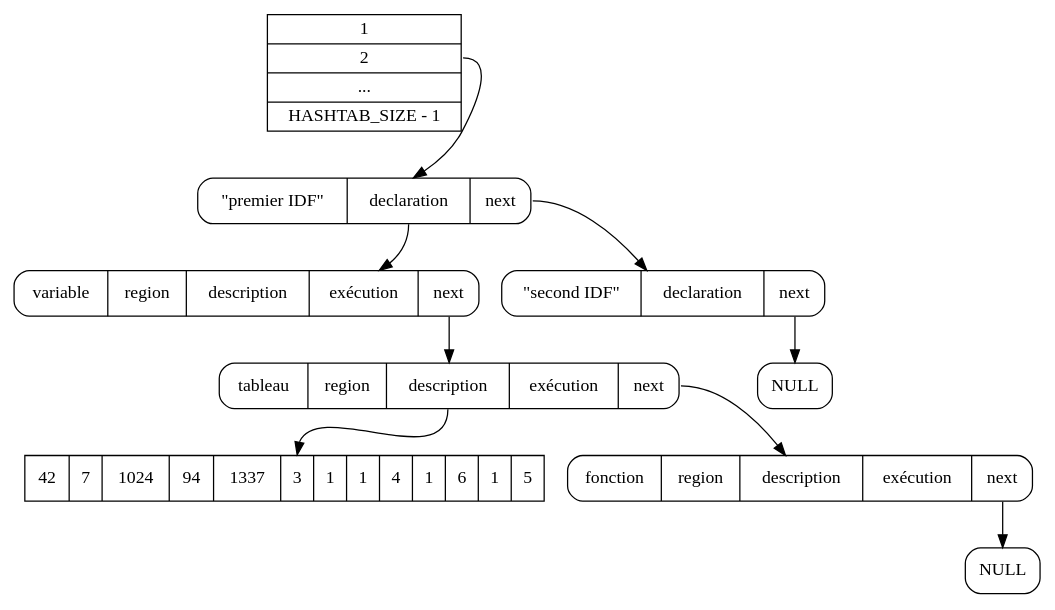
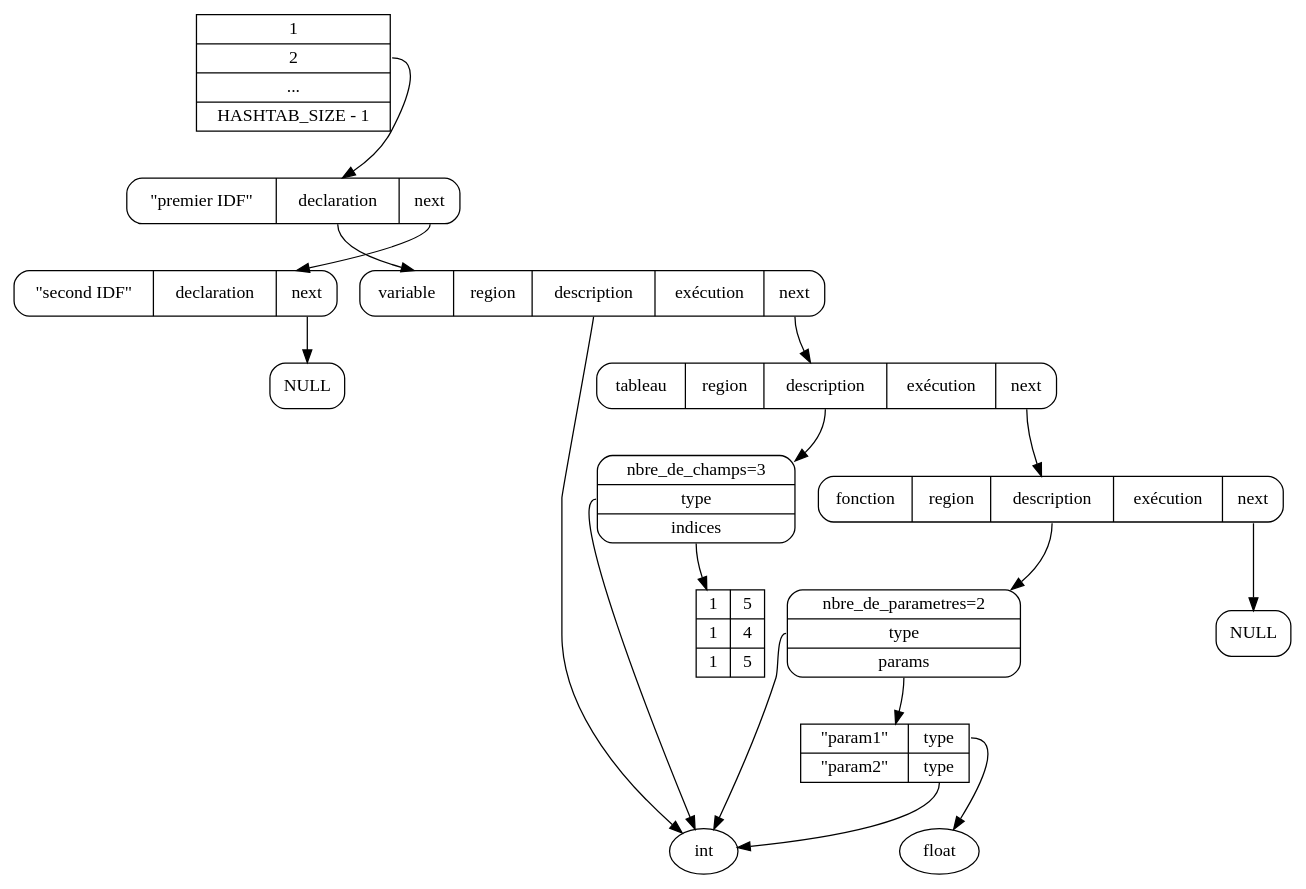
One commit to NakedDevs/Compilo changed the diagram in schema.dot. Above: the diagram before and after it, drawn with Graphviz. The commit also changed 2 other files, not shown here.

Commit message:
new schema

```diff
--- a/schema.dot
+++ b/schema.dot
@@ -1,27 +1,45 @@
 digraph declare {
-    hashTab [shape=record, label="{ 1 | <2> 2 | ... | HASHTAB_SIZE - 1}"]
+    hashTab [pos="0,3!", shape=record, label="{ 1 | <2> 2 | ... | HASHTAB_SIZE - 1}"]
 
-    lex1 [shape=Mrecord, label="\"premier IDF\" | <dec> declaration | <next> next"]
-    lex2 [shape=Mrecord, label="\"second IDF\" | <dec> declaration | <next> next"]
-    lexNULL [shape=Mrecord, label="NULL"]
+    lex1 [pos="1,3!", shape=Mrecord, label="\"premier IDF\" | <dec> declaration | <next> next"]
+    lex2 [pos="2,3!", shape=Mrecord, label="\"second IDF\" | <dec> declaration | <next> next"]
+    lexNULL [pos="3,3!", shape=Mrecord, label="NULL"]
 
-    dec1 [shape=Mrecord, label="variable | region | <desc> description | <exec> exécution | <next> next"]
-    dec2 [shape=Mrecord, label="tableau | region | <desc> description | <exec> exécution | <next> next"]
-    dec3 [shape=Mrecord, label="fonction | region | <desc> description | <exec> exécution | <next> next"]
-    decNULL [shape=Mrecord, label="NULL"]
+    dec1 [pos="1,2!", shape=Mrecord, label="variable | region | <desc> description | <exec> exécution | <next> next"]
+    dec2 [pos="2,2!", shape=Mrecord, label="tableau | region | <desc> description | <exec> exécution | <next> next"]
+    dec3 [pos="3,2!", shape=Mrecord, label="fonction | region | <desc> description | <exec> exécution | <next> next"]
+    decNULL [pos="4,2!", shape=Mrecord, label="NULL"]
 
-    type [shape=record, label="42 | 7 | 1024 | 94 | 1337 | <tab> 3 | <tabType> 1 | 1 | 4 | 1 | 6 | 1 | 5"]
+    type2 [pos="2,1!", shape=Mrecord, label="{nbre_de_champs=3 | <type> type | <tab> indices}"]
+    type3 [pos="3,1!", shape=Mrecord, label="{nbre_de_parametres=2 | <type> type | <tab> params}"]
+
+    indices [pos="2,0!", shape=record, label="{{1 | 5} | {1 | 4} | {1 | 5}}"]
+    params [pos="3,0!", shape=record, label="{{\"param1\" | <type1> type} | {\"param2\" | <type2> type}}"]
+
+    int [pos="1.7,-1!"]
+    float [pos="4,0!"]
 
 
     hashTab:2 -> lex1
     lex1:next -> lex2
     lex2:next -> lexNULL
     
     lex1:dec -> dec1
 
     dec1:next -> dec2
     dec2:next -> dec3
     dec3:next -> decNULL
 
-    dec2:desc -> type:tab
+    dec1:desc -> int
+    dec2:desc -> type2
+    dec3:desc -> type3
+
+    type2:type -> int
+    type3:type -> int
+
+    type2:tab -> indices
+    type3:tab -> params
+    
+    params:type1 -> float
+    params:type2 -> int
 }
```
